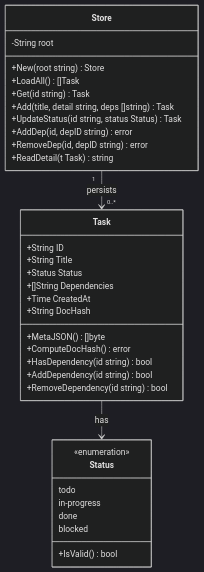
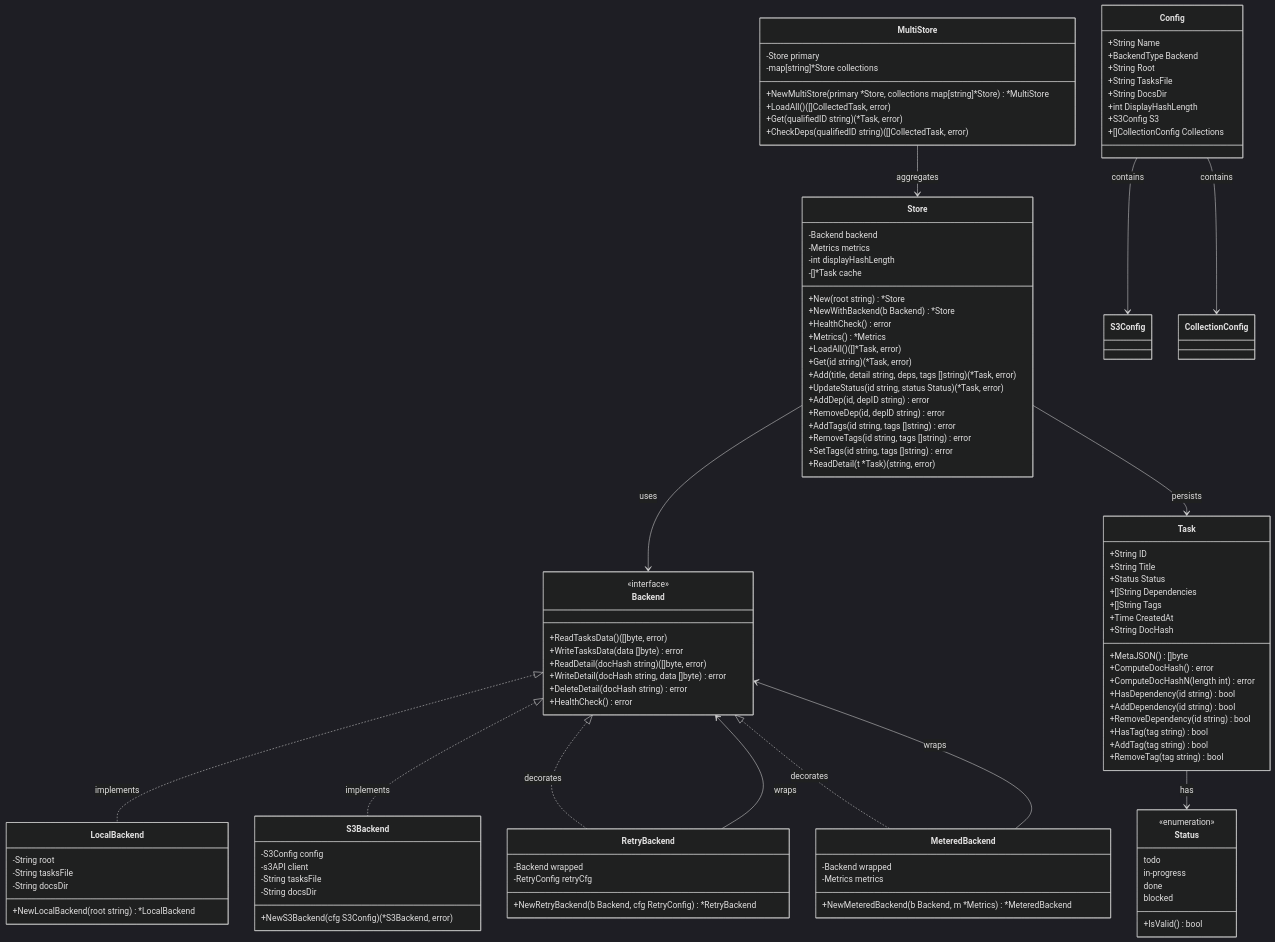
Before and after one commit to bmordue/tssk: the diagram in docs/components/class-diagram.md, drawn with Mermaid (dark theme). The commit also changed other lines of this file and 6 other files, not shown here.

First line of the commit message:
docs: update architecture diagrams to match current codebase

````diff
--- a/docs/components/class-diagram.md
+++ b/docs/components/class-diagram.md
@@ -12,13 +12,18 @@
         +String Title
         +Status Status
         +[]String Dependencies
+        +[]String Tags
         +Time CreatedAt
         +String DocHash
         +MetaJSON() []byte
         +ComputeDocHash() error
+        +ComputeDocHashN(length int) error
         +HasDependency(id string) bool
         +AddDependency(id string) bool
         +RemoveDependency(id string) bool
+        +HasTag(tag string) bool
+        +AddTag(tag string) bool
+        +RemoveTag(tag string) bool
     }
 
     class Status {
@@ -30,18 +35,94 @@
         +IsValid() bool
     }
 
+    class Backend {
+        <<interface>>
+        +ReadTasksData() ([]byte, error)
+        +WriteTasksData(data []byte) error
+        +ReadDetail(docHash string) ([]byte, error)
+        +WriteDetail(docHash string, data []byte) error
+        +DeleteDetail(docHash string) error
+        +HealthCheck() error
+    }
+
+    class LocalBackend {
+        -String root
+        -String tasksFile
+        -String docsDir
+        +NewLocalBackend(root string) *LocalBackend
+    }
+
+    class S3Backend {
+        -S3Config config
+        -s3API client
+        -String tasksFile
+        -String docsDir
+        +NewS3Backend(cfg S3Config) (*S3Backend, error)
+    }
+
+    class RetryBackend {
+        -Backend wrapped
+        -RetryConfig retryCfg
+        +NewRetryBackend(b Backend, cfg RetryConfig) *RetryBackend
+    }
+
+    class MeteredBackend {
+        -Backend wrapped
+        -Metrics metrics
+        +NewMeteredBackend(b Backend, m *Metrics) *MeteredBackend
+    }
+
     class Store {
-        -String root
-        +New(root string) Store
-        +LoadAll() []Task
-        +Get(id string) Task
-        +Add(title, detail string, deps []string) Task
-        +UpdateStatus(id string, status Status) Task
+        -Backend backend
+        -Metrics metrics
+        -int displayHashLength
+        -[]*Task cache
+        +New(root string) *Store
+        +NewWithBackend(b Backend) *Store
+        +HealthCheck() error
+        +Metrics() *Metrics
+        +LoadAll() ([]*Task, error)
+        +Get(id string) (*Task, error)
+        +Add(title, detail string, deps, tags []string) (*Task, error)
+        +UpdateStatus(id string, status Status) (*Task, error)
         +AddDep(id, depID string) error
         +RemoveDep(id, depID string) error
-        +ReadDetail(t Task) string
+        +AddTags(id string, tags []string) error
+        +RemoveTags(id string, tags []string) error
+        +SetTags(id string, tags []string) error
+        +ReadDetail(t *Task) (string, error)
+    }
+
+    class MultiStore {
+        -Store primary
+        -map[string]*Store collections
+        +NewMultiStore(primary *Store, collections map[string]*Store) *MultiStore
+        +LoadAll() ([]CollectedTask, error)
+        +Get(qualifiedID string) (*Task, error)
+        +CheckDeps(qualifiedID string) ([]CollectedTask, error)
+    }
+
+    class Config {
+        +String Name
+        +BackendType Backend
+        +String Root
+        +String TasksFile
+        +String DocsDir
+        +int DisplayHashLength
+        +S3Config S3
+        +[]CollectionConfig Collections
     }
 
     Task --> Status : has
-    Store "1" --> "0..*" Task : persists
+    Backend <|.. LocalBackend : implements
+    Backend <|.. S3Backend : implements
+    Backend <|.. RetryBackend : decorates
+    Backend <|.. MeteredBackend : decorates
+    RetryBackend --> Backend : wraps
+    MeteredBackend --> Backend : wraps
+    Store --> Backend : uses
+    Store --> Task : persists
+    MultiStore --> Store : aggregates
+    Config --> S3Config : contains
+    Config --> CollectionConfig : contains
 ```
````
